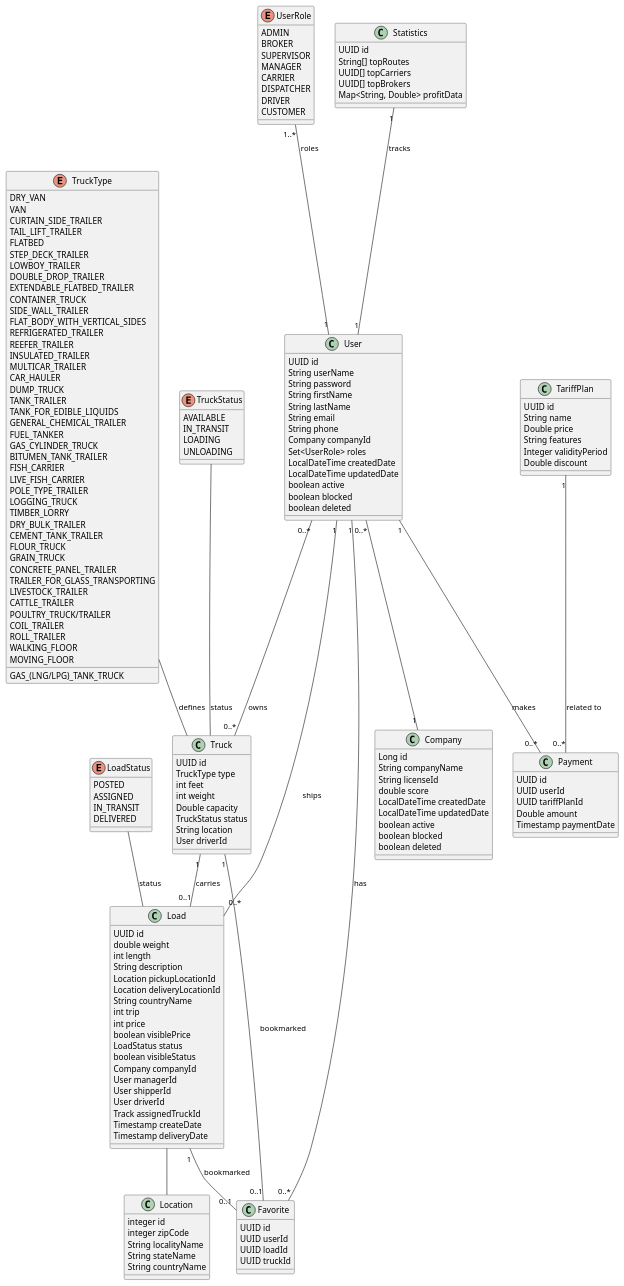
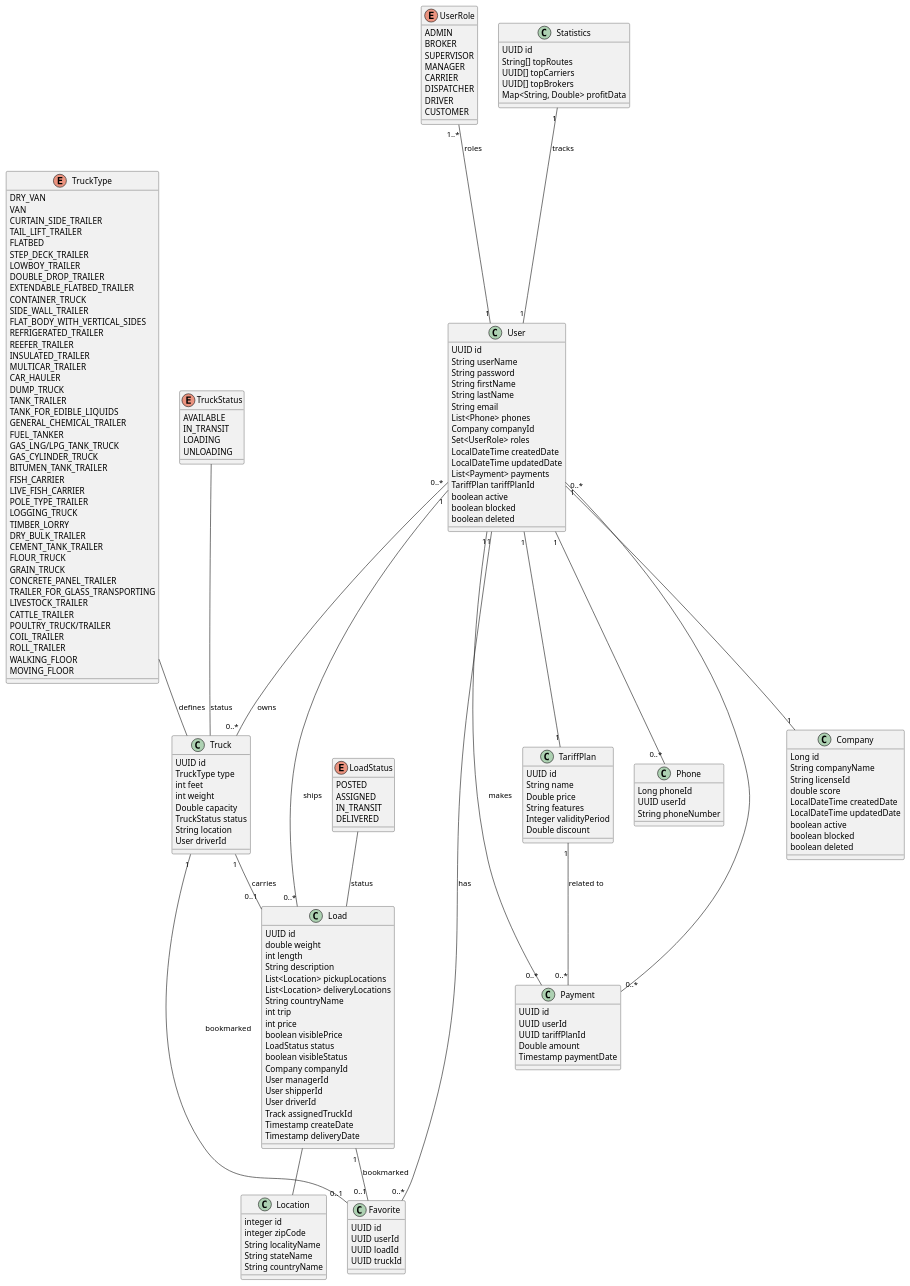
One commit to fusibleman1985/TransCom changed the diagram in ClassesDiagram.puml. Above: the diagram before and after it, drawn with PlantUML.

Commit message:
update puml

```diff
--- a/ClassesDiagram.puml
+++ b/ClassesDiagram.puml
@@ -7,14 +7,22 @@
     String firstName
     String lastName
     String email
-    String phone
+    List<Phone> phones
     Company companyId
     Set<UserRole> roles
     LocalDateTime createdDate
     LocalDateTime updatedDate
+    List<Payment> payments
+    TariffPlan tariffPlanId
     boolean active
     boolean blocked
     boolean deleted
+}
+
+class Phone{
+    Long phoneId
+    UUID userId
+    String phoneNumber
 }
 
 class Company {
@@ -56,8 +64,8 @@
     double weight
     int length
     String description
-    Location pickupLocationId
-    Location deliveryLocationId
+    List<Location> pickupLocations
+    List<Location> deliveryLocations
     String countryName
     int trip
     int price
@@ -150,7 +158,7 @@
     TANK_FOR_EDIBLE_LIQUIDS
     GENERAL_CHEMICAL_TRAILER
     FUEL_TANKER
-    GAS_(LNG/LPG)_TANK_TRUCK
+    GAS_LNG/LPG_TANK_TRUCK
     GAS_CYLINDER_TRUCK
     BITUMEN_TANK_TRAILER
     FISH_CARRIER
@@ -176,6 +184,9 @@
 User "0..*" -- "0..*" Truck : owns
 User "1" -- "0..*" Load : ships
 User "0..*" -- "1" Company
+User "1" -- "0..*" Payment
+User "1" -- "0..*" Phone
+User "1" -- "1" TariffPlan
 Truck "1" -- "0..1" Load : carries
 User "1" -- "0..*" Payment : makes
 TariffPlan "1" -- "0..*" Payment : related to
```
